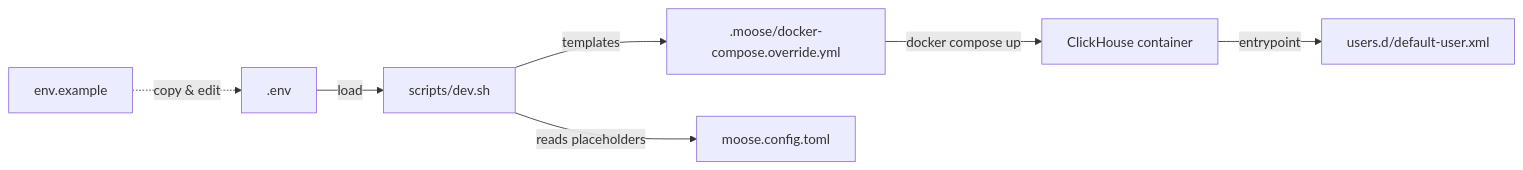
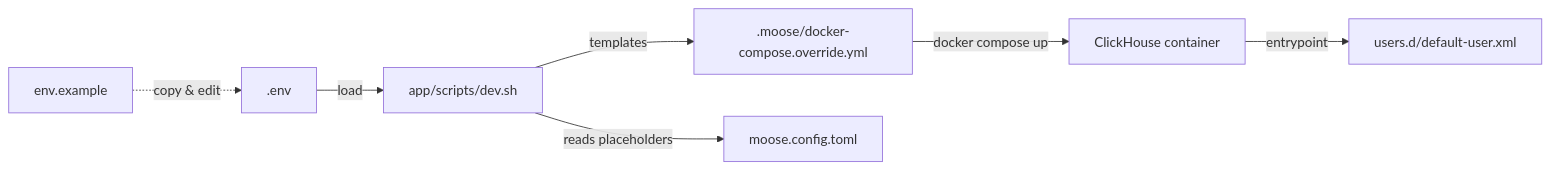
The diagram in odw/README.md (chris-han/area-code), drawn with Mermaid before and after one commit. The commit also changed other lines of this file and 17 other files, not shown here.

````diff
--- a/odw/README.md
+++ b/odw/README.md
@@ -150,9 +150,9 @@
 ```mermaid
 flowchart LR
     A[env.example] -. copy & edit .-> B[.env]
-    B -->|load| C[scripts/dev.sh]
+    B -->|load| C[app/scripts/dev.sh]
     C -->|templates| D[.moose/docker-compose.override.yml]
     C -->|reads placeholders| E[moose.config.toml]
     D -->|docker compose up| F[ClickHouse container]
     F -->|entrypoint| G["users.d/default-user.xml"]
 ```
````
